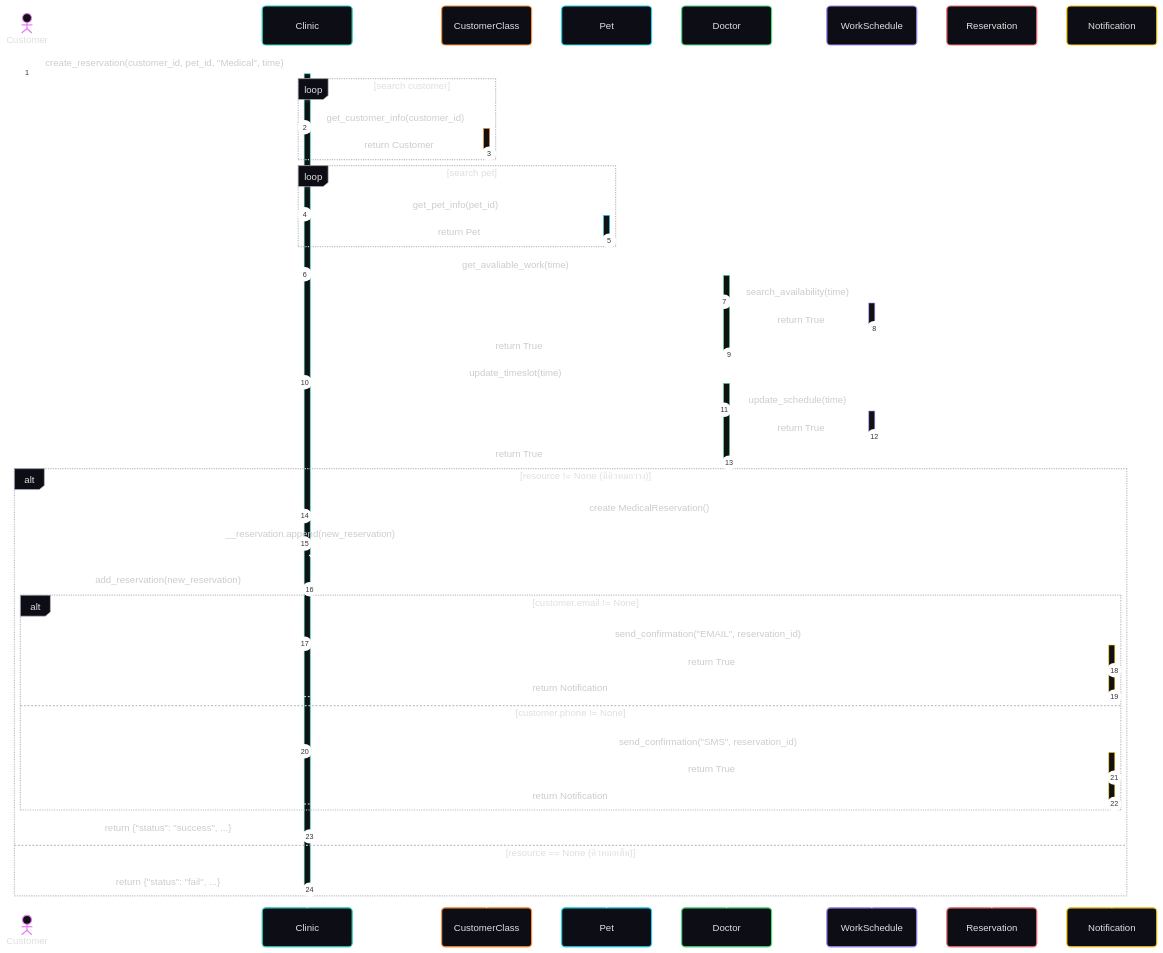
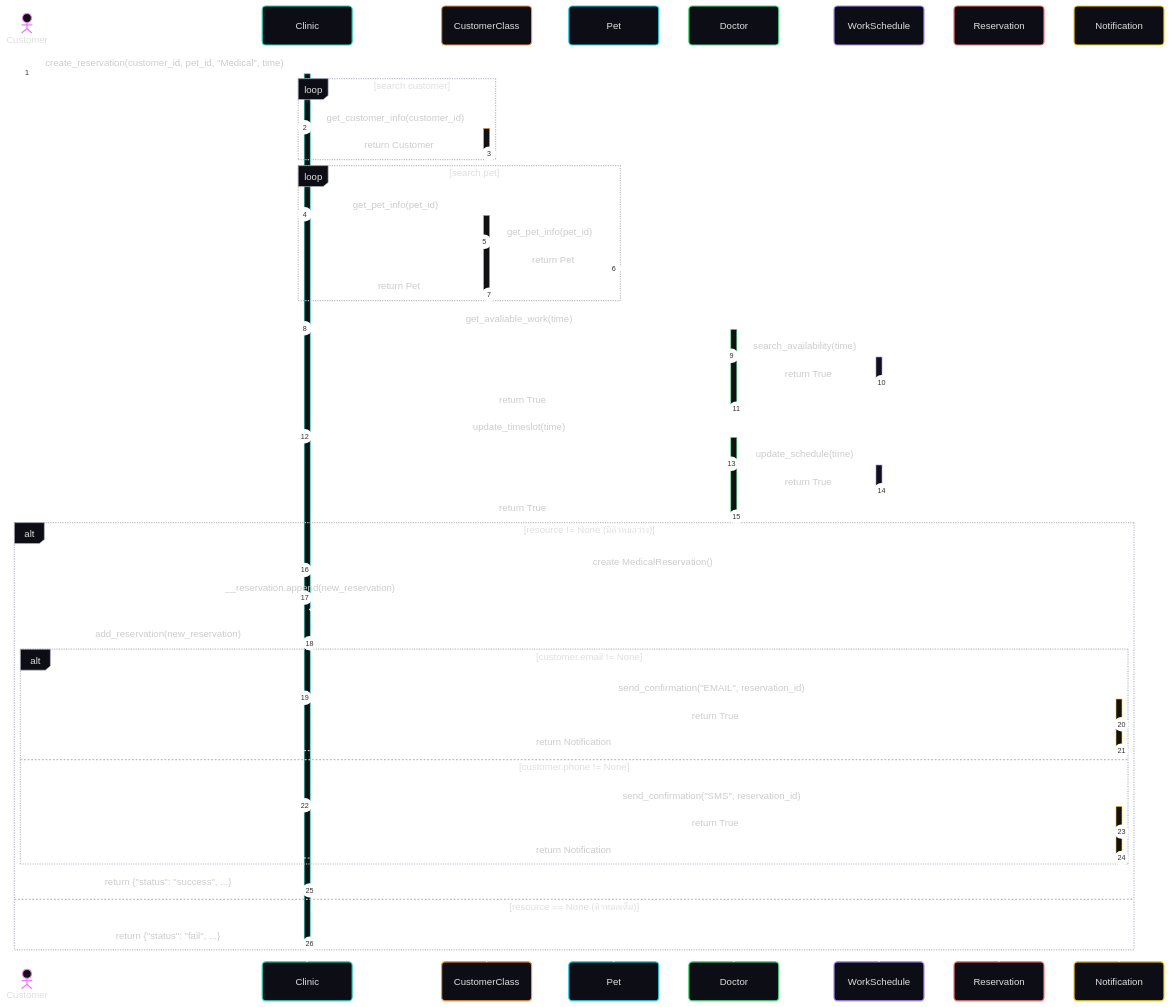
Before and after one commit to HiruKub/OOP-PROJECT_BASECODE: the diagram in SequenceDiagram/Medical Reservation-2026-02-21-120007.mmd, drawn with Mermaid. The commit also changed 2 other files, not shown here.

Commit message:
small fix reservation sequence

```diff
--- a/SequenceDiagram/Medical Reservation-2026-02-21-120007.mmd
+++ b/SequenceDiagram/Medical Reservation-2026-02-21-120007.mmd
@@ -1,57 +1,59 @@
 ---
 config:
   look: neo
   theme: redux-dark-color
 ---
 sequenceDiagram
     actor Customer
     participant Clinic
     participant CustomerClass
     participant Pet
     participant Doctor
     participant WorkSchedule
     participant Reservation
     participant Notification
     autonumber
     
     Customer->>+Clinic: create_reservation(customer_id, pet_id, "Medical", time)
     
     loop search customer
         Clinic->>+CustomerClass: get_customer_info(customer_id)
         CustomerClass-->>-Clinic: return Customer
     end
     
     loop search pet
-        Clinic ->>+ Pet: get_pet_info(pet_id)
-        Pet -->>- Clinic: return Pet
+        Clinic->>+CustomerClass: get_pet_info(pet_id)
+        CustomerClass->>Pet: get_pet_info(pet_id)
+        Pet-->>CustomerClass: return Pet
+        CustomerClass-->>-Clinic: return Pet
     end
     
     Clinic->>+Doctor: get_avaliable_work(time)
     Doctor->>+WorkSchedule: search_availability(time)
     WorkSchedule-->>-Doctor: return True
     Doctor-->>-Clinic: return True
     
     Clinic->>+Doctor: update_timeslot(time)
     Doctor->>+WorkSchedule: update_schedule(time)
     WorkSchedule-->>-Doctor: return True
     Doctor-->>-Clinic: return True
 
     alt resource != None (มีคิวหมอว่าง)
         Clinic->>Reservation: create MedicalReservation()
         Clinic->>Clinic: __reservation.append(new_reservation)
         Clinic->>Customer: add_reservation(new_reservation)
 
         alt customer.email != None
             Clinic->>+Notification: send_confirmation("EMAIL", reservation_id)
             Notification-->>Clinic: return True
             Notification -->>- Customer: return Notification 
         else customer.phone != None
             Clinic->>+Notification: send_confirmation("SMS", reservation_id)
             Notification-->>Clinic: return True
             Notification -->>- Customer: return Notification
         end
         
         Clinic-->>Customer: return {"status": "success", ...}
     else resource == None (คิวหมอเต็ม)
         Clinic-->>-Customer: return {"status": "fail", ...}
     end
```
